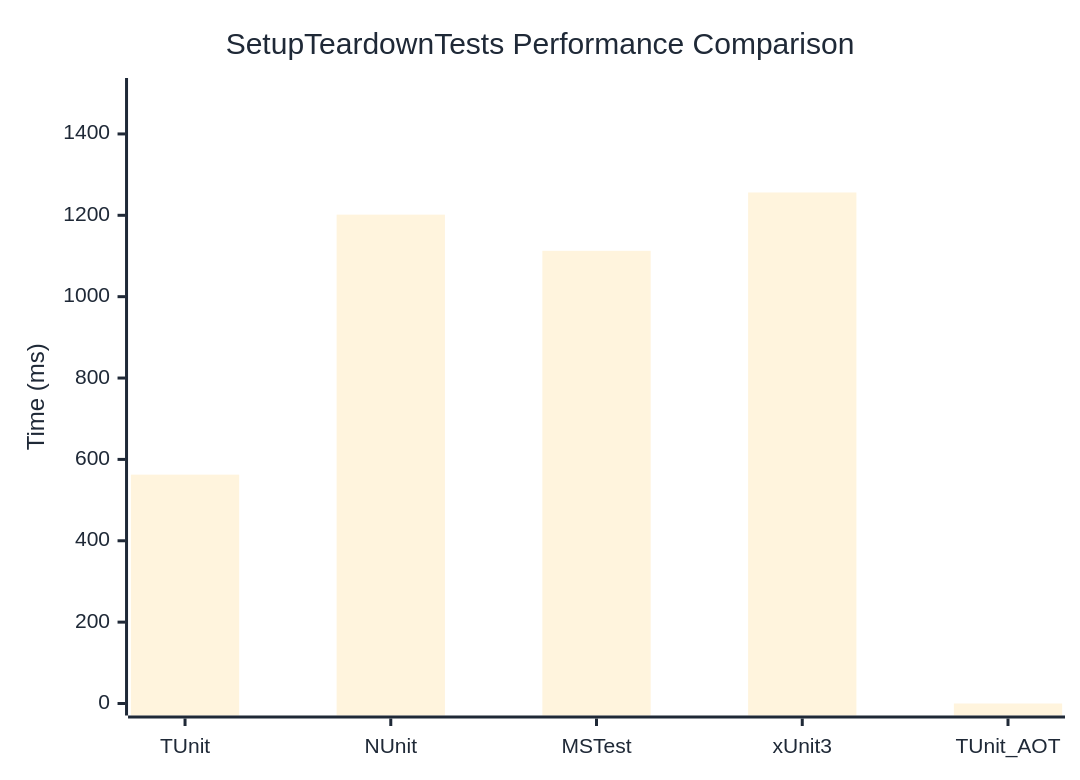
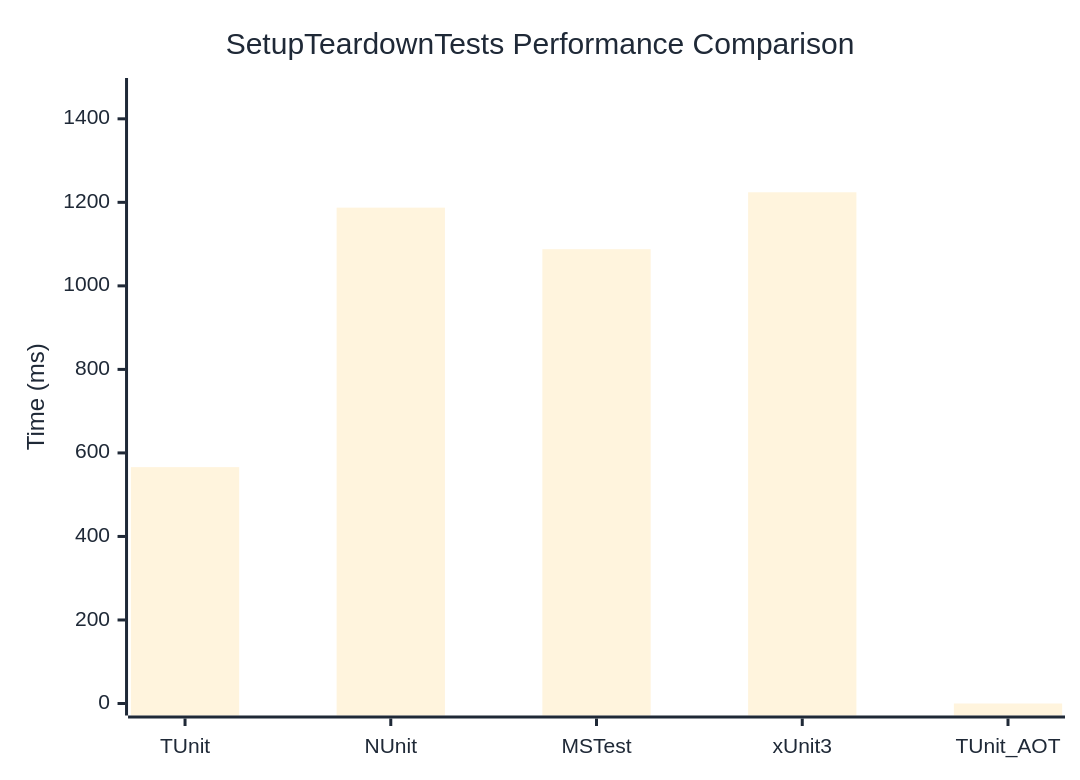
One commit to thomhurst/TUnit changed the diagram in docs/docs/benchmarks/SetupTeardownTests.md. Above: the diagram before and after it, drawn with Mermaid. The commit also changed other lines of this file and 17 other files, not shown here.

````diff
--- a/docs/docs/benchmarks/SetupTeardownTests.md
+++ b/docs/docs/benchmarks/SetupTeardownTests.md
@@ -27,37 +27,37 @@
 ```mermaid
 %%{init: {
   'theme':'base',
   'themeVariables': {
     'primaryColor': '#2563eb',
     'primaryTextColor': '#1f2937',
     'primaryBorderColor': '#1e40af',
     'lineColor': '#6b7280',
     'secondaryColor': '#7c3aed',
     'tertiaryColor': '#dc2626',
     'background': '#ffffff',
     'mainBkg': '#2563eb',
     'secondBkg': '#7c3aed',
     'tertiaryBkg': '#dc2626',
     'clusterBkg': '#f3f4f6',
     'edgeLabelBackground': '#ffffff',
     'tertiaryTextColor': '#1f2937',
     'pie1': '#2563eb',
     'pie2': '#7c3aed',
     'pie3': '#dc2626',
     'pie4': '#f59e0b',
     'pie5': '#10b981',
     'pie6': '#06b6d4',
     'pie7': '#ec4899',
     'pie8': '#6366f1',
     'pie9': '#84cc16',
     'pie10': '#f97316',
     'pie11': '#14b8a6',
     'pie12': '#a855f7'
   }
 }}%%
 xychart-beta
   title "SetupTeardownTests Performance Comparison"
   x-axis ["TUnit", "NUnit", "MSTest", "xUnit3", "TUnit_AOT"]
-  y-axis "Time (ms)" 0 --> 1508
-  bar [562.5, 1201.6, 1112.7, 1256.1, 0]
+  y-axis "Time (ms)" 0 --> 1469
+  bar [566, 1187.3, 1087.8, 1224.1, 0]
 ```
````
